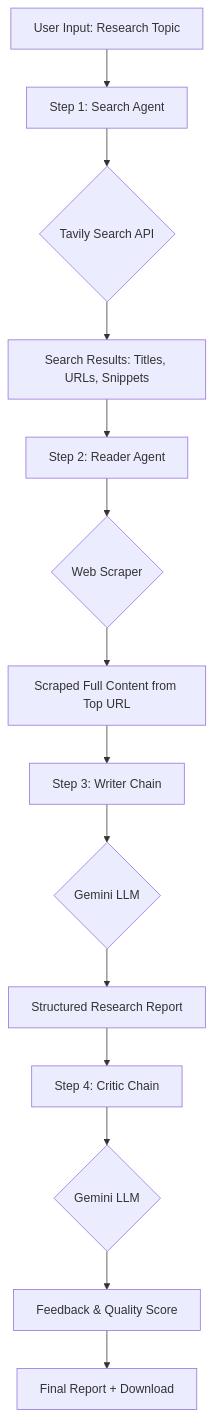
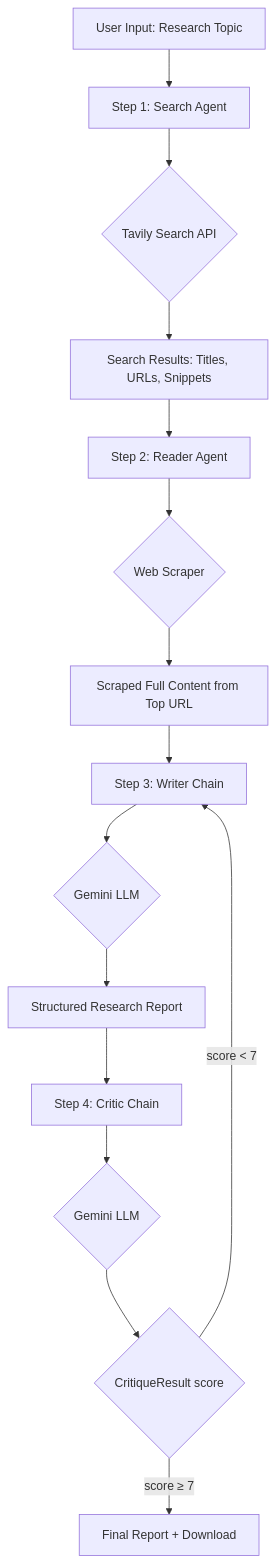
Before and after one commit to taniishq13/Multi-Model-Research-Agent: the diagram in README.md, drawn with Mermaid. The commit also changed other lines of this file, not shown here.

Commit message:
updated workflow description and diagram to reflect conditional revision loop

````diff
--- a/README.md
+++ b/README.md
@@ -67,16 +69,17 @@
 ```mermaid
 graph TD
     A[User Input: Research Topic] --> B[Step 1: Search Agent]
     B --> C{Tavily Search API}
     C --> D[Search Results: Titles, URLs, Snippets]
     D --> E[Step 2: Reader Agent]
     E --> F{Web Scraper}
     F --> G[Scraped Full Content from Top URL]
     G --> H[Step 3: Writer Chain]
     H --> I{Gemini LLM}
     I --> J[Structured Research Report]
     J --> K[Step 4: Critic Chain]
     K --> L{Gemini LLM}
-    L --> M[Feedback & Quality Score]
-    M --> N[Final Report + Download]
+    L --> M{CritiqueResult score}
+    M -->|score < 7| H
+    M -->|score ≥ 7| N[Final Report + Download]
 ```
````
